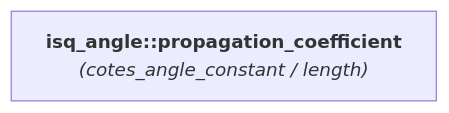
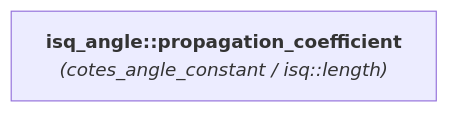
Before and after one commit to mpusz/mp-units: the diagram in docs/reference/systems_reference/hierarchies/propagation_coefficient_isq_angle.md, drawn with Mermaid. The commit also changed 27 other files, not shown here.

````diff
--- a/docs/reference/systems_reference/hierarchies/propagation_coefficient_isq_angle.md
+++ b/docs/reference/systems_reference/hierarchies/propagation_coefficient_isq_angle.md
@@ -8,4 +8,4 @@
 ```mermaid
 flowchart LR
-    isq_angle_propagation_coefficient["<b>isq_angle::propagation_coefficient</b><br><i>(cotes_angle_constant / length)</i>"]
+    isq_angle_propagation_coefficient["<b>isq_angle::propagation_coefficient</b><br><i>(cotes_angle_constant / isq::length)</i>"]
 ```
````
